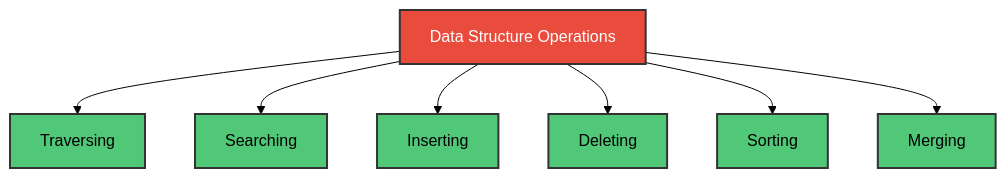
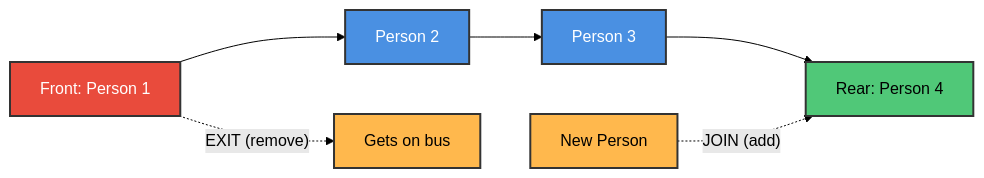
One commit to M-F-Tushar/CSE-2101-Data-Structure changed diagram 16 of 29 in Chapter 1 - Introduction and Overview/README.md. Above: the diagram before and after it, drawn with Mermaid (forest theme). The commit also changed other lines of this file, not shown here.

````diff
--- a/Chapter 1 - Introduction and Overview/README.md
+++ b/Chapter 1 - Introduction and Overview/README.md
@@ -728,17 +528,16 @@
 ```mermaid
-graph TD
-    OPS["Data Structure Operations"] --> TRAV["Traversing"]
-    OPS --> SEARCH["Searching"]
-    OPS --> INSERT["Inserting"]
-    OPS --> DELETE["Deleting"]
-    OPS --> SORT["Sorting"]
-    OPS --> MERGE["Merging"]
+graph LR
+    A["Front: Person 1"] --> B["Person 2"]
+    B --> C["Person 3"]
+    C --> D["Rear: Person 4"]
     
-    style OPS fill:#E94B3C,stroke:#333,stroke-width:2px,color:#fff
-    style TRAV fill:#50C878,stroke:#333,stroke-width:2px,color:#000
-    style SEARCH fill:#50C878,stroke:#333,stroke-width:2px,color:#000
-    style INSERT fill:#50C878,stroke:#333,stroke-width:2px,color:#000
-    style DELETE fill:#50C878,stroke:#333,stroke-width:2px,color:#000
-    style SORT fill:#50C878,stroke:#333,stroke-width:2px,color:#000
-    style MERGE fill:#50C878,stroke:#333,stroke-width:2px,color:#000
+    A -.->|"EXIT (remove)"| E["Gets on bus"]
+    F["New Person"] -.->|"JOIN (add)"| D
+    
+    style A fill:#E94B3C,stroke:#333,stroke-width:2px,color:#fff
+    style B fill:#4A90E2,stroke:#333,stroke-width:2px,color:#fff
+    style C fill:#4A90E2,stroke:#333,stroke-width:2px,color:#fff
+    style D fill:#50C878,stroke:#333,stroke-width:2px,color:#000
+    style E fill:#FFB84D,stroke:#333,stroke-width:2px,color:#000
+    style F fill:#FFB84D,stroke:#333,stroke-width:2px,color:#000
 ```
````
